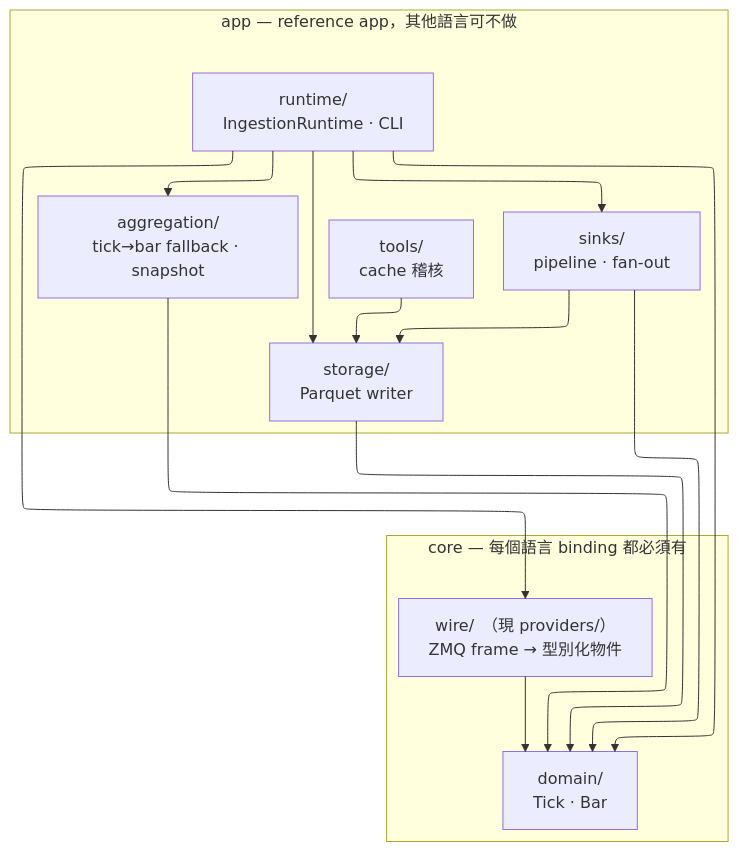
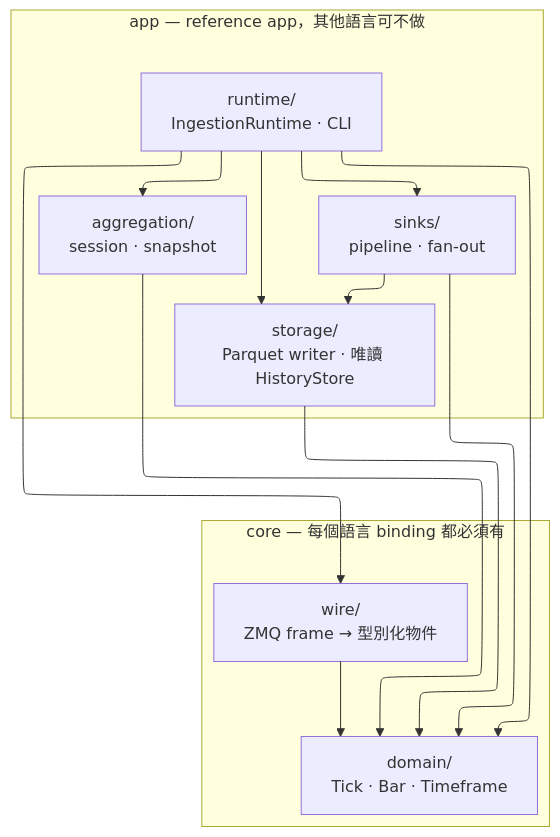
One commit to millerlai/tradestation-data-provider changed the second of 4 diagrams in docs/architecture.md. Above: the diagram before and after it, drawn with Mermaid. The commit also changed other lines of this file and 14 other files, not shown here.

````diff
--- a/docs/architecture.md
+++ b/docs/architecture.md
@@ -367,31 +392,29 @@
 ```mermaid
 ---
 config:
   flowchart:
     defaultRenderer: elk
 ---
 flowchart TB
     subgraph CORE["core — 每個語言 binding 都必須有"]
-        WIRE["wire/　（現 providers/）<br/>ZMQ frame → 型別化物件"]
-        DOM["domain/<br/>Tick · Bar"]
+        WIRE["wire/<br/>ZMQ frame → 型別化物件"]
+        DOM["domain/<br/>Tick · Bar · Timeframe"]
     end
     subgraph APP["app — reference app，其他語言可不做"]
-        AGG["aggregation/<br/>tick→bar fallback · snapshot"]
-        STO["storage/<br/>Parquet writer"]
+        AGG["aggregation/<br/>session · snapshot"]
+        STO["storage/<br/>Parquet writer · 唯讀 HistoryStore"]
         SNK["sinks/<br/>pipeline · fan-out"]
-        TL["tools/<br/>cache 稽核"]
         RT["runtime/<br/>IngestionRuntime · CLI"]
     end
 
     WIRE --> DOM
     AGG --> DOM
     STO --> DOM
     SNK --> DOM
     SNK --> STO
-    TL --> STO
     RT --> WIRE
     RT --> DOM
     RT --> AGG
     RT --> STO
     RT --> SNK
 ```
````
